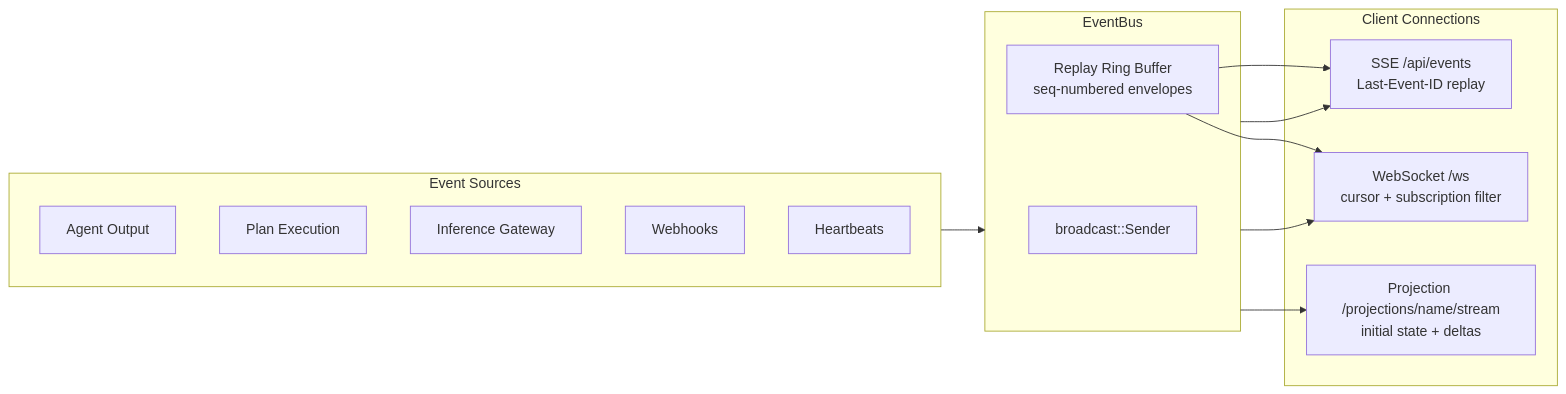
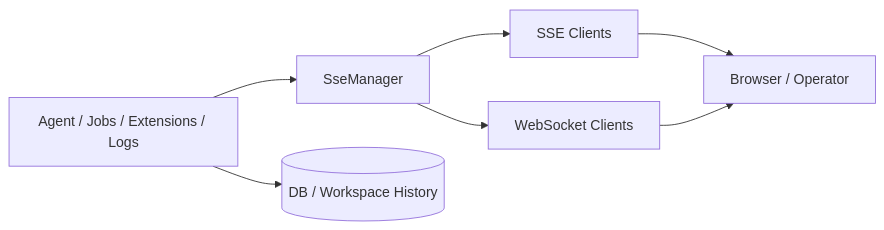
The second of 2 diagrams in tmp/ecosystem/control-plane.md (wpank/ironclaw), drawn with Mermaid before and after one commit. The commit also changed other lines of this file and 140 other files, not shown here.

````diff
--- a/tmp/ecosystem/control-plane.md
+++ b/tmp/ecosystem/control-plane.md
@@ -220,25 +177,9 @@
 ```mermaid
 flowchart LR
-    subgraph Sources["Event Sources"]
-        A[Agent Output]
-        P[Plan Execution]
-        I[Inference Gateway]
-        W[Webhooks]
-        H[Heartbeats]
-    end
-
-    subgraph Bus["EventBus<ServerEvent>"]
-        B[broadcast::Sender]
-        Ring[Replay Ring Buffer\nseq-numbered envelopes]
-    end
-
-    subgraph Clients["Client Connections"]
-        SSE[SSE /api/events\nLast-Event-ID replay]
-        WS[WebSocket /ws\ncursor + subscription filter]
-        Proj[Projection /projections/name/stream\ninitial state + deltas]
-    end
-
-    Sources --> Bus
-    Bus --> SSE & WS & Proj
-    Ring --> SSE & WS
+    Runtime[Agent / Jobs / Extensions / Logs] --> Manager[SseManager]
+    Manager --> SSE[SSE Clients]
+    Manager --> WS[WebSocket Clients]
+    Runtime --> DB[(DB / Workspace History)]
+    SSE --> Client[Browser / Operator]
+    WS --> Client
 ```
````
